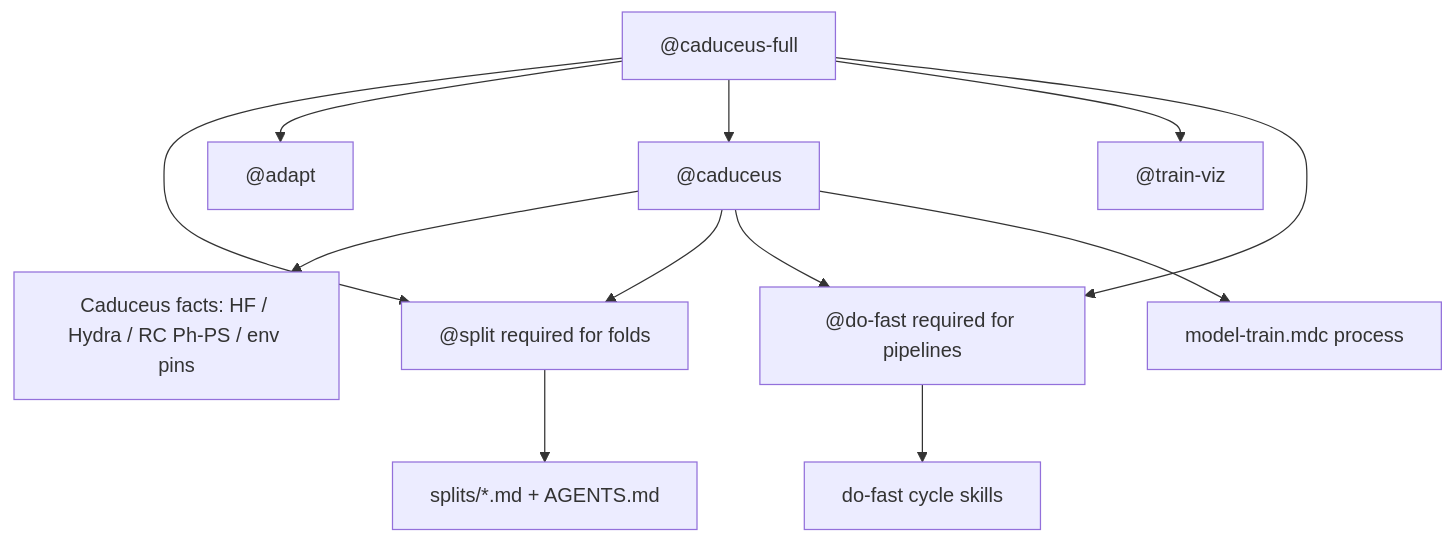
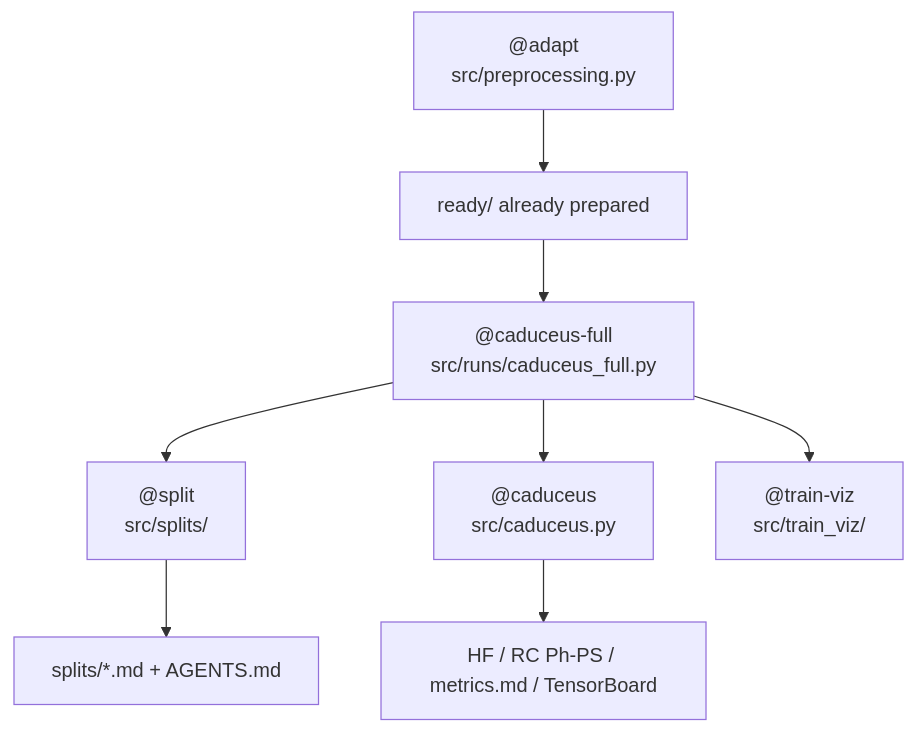
One commit to Sirius-Back/Giga_Mario changed the seventh of 8 diagrams in skills.md. Above: the diagram before and after it, drawn with Mermaid. The commit also changed other lines of this file and 38 other files, not shown here.

First line of the commit message:
Wire Caduceus skills to reusable src/ entry points.

````diff
--- a/skills.md
+++ b/skills.md
@@ -268,16 +268,15 @@
 ```mermaid
 flowchart TB
-  cad["@caduceus"]
-  cfull["@caduceus-full"]
-  cad --> facts[Caduceus facts: HF / Hydra / RC Ph-PS / env pins]
-  cad --> split["@split required for folds"]
-  cad --> dofast["@do-fast required for pipelines"]
+  cad["@caduceus\nsrc/caduceus.py"]
+  cfull["@caduceus-full\nsrc/runs/caduceus_full.py"]
+  adapt["@adapt\nsrc/preprocessing.py"]
+  split["@split\nsrc/splits/"]
+  tviz["@train-viz\nsrc/train_viz/"]
+  adapt --> ready["ready/ already prepared"]
+  ready --> cfull
   cfull --> split
-  cfull --> adapt["@adapt"]
   cfull --> cad
-  cfull --> tviz["@train-viz"]
-  cfull --> dofast
+  cfull --> tviz
+  cad --> facts[HF / RC Ph-PS / metrics.md / TensorBoard]
   split --> splitsmd["splits/*.md + AGENTS.md"]
-  dofast --> cycle["do-fast cycle skills"]
-  cad --> mtrain["model-train.mdc process"]
 ```
````
